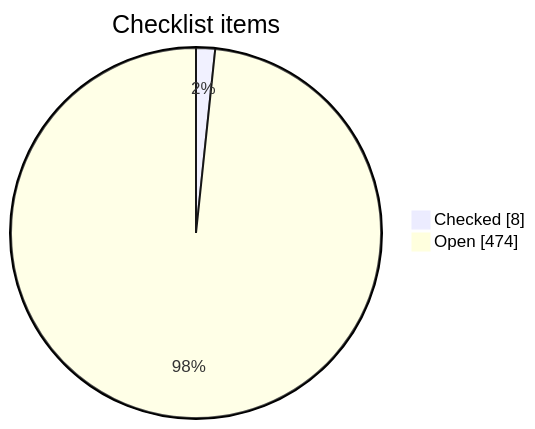
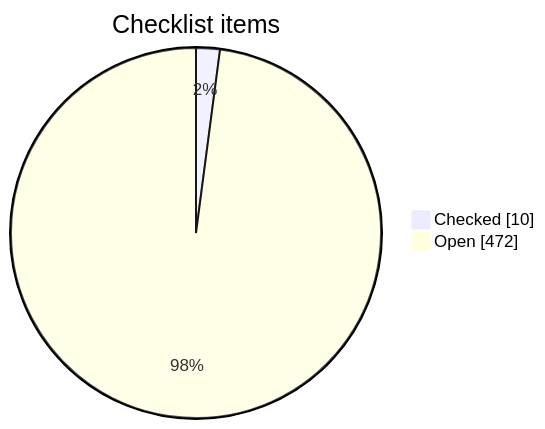
The first of 3 diagrams in learning_plan/PROGRESS.md (konradporeba/agents_learning), drawn with Mermaid before and after one commit. The commit also changed other lines of this file and 5 other files, not shown here.

````diff
--- a/learning_plan/PROGRESS.md
+++ b/learning_plan/PROGRESS.md
@@ -9,6 +9,6 @@
 ```mermaid
 pie showData
     title Checklist items
-    "Checked" : 8
-    "Open" : 474
+    "Checked" : 10
+    "Open" : 472
 ```
````
